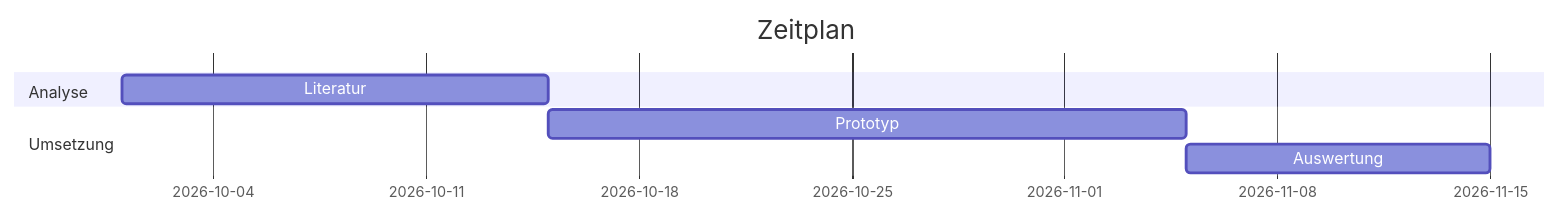
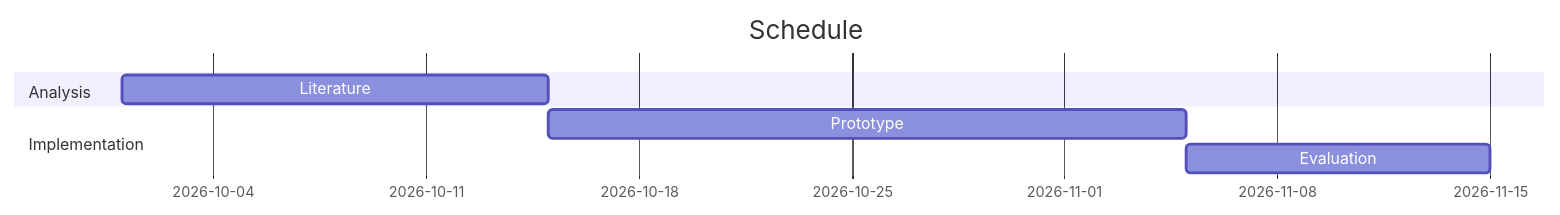
The seventh of 9 diagrams in images/agw-basis/skills/mermaid/SKILL.md (pschroee/agri-gaia-agent-gateway), drawn with Mermaid before and after one commit. The commit also changed other lines of this file and 25 other files, not shown here.

````diff
--- a/images/agw-basis/skills/mermaid/SKILL.md
+++ b/images/agw-basis/skills/mermaid/SKILL.md
@@ -146,10 +146,10 @@
 ```mermaid
 gantt
-  title Zeitplan
+  title Schedule
   dateFormat YYYY-MM-DD
-  section Analyse
-  Literatur      :a1, 2026-10-01, 14d
-  section Umsetzung
-  Prototyp       :a2, after a1, 21d
-  Auswertung     :after a2, 10d
+  section Analysis
+  Literature     :a1, 2026-10-01, 14d
+  section Implementation
+  Prototype      :a2, after a1, 21d
+  Evaluation     :after a2, 10d
 ```
````
